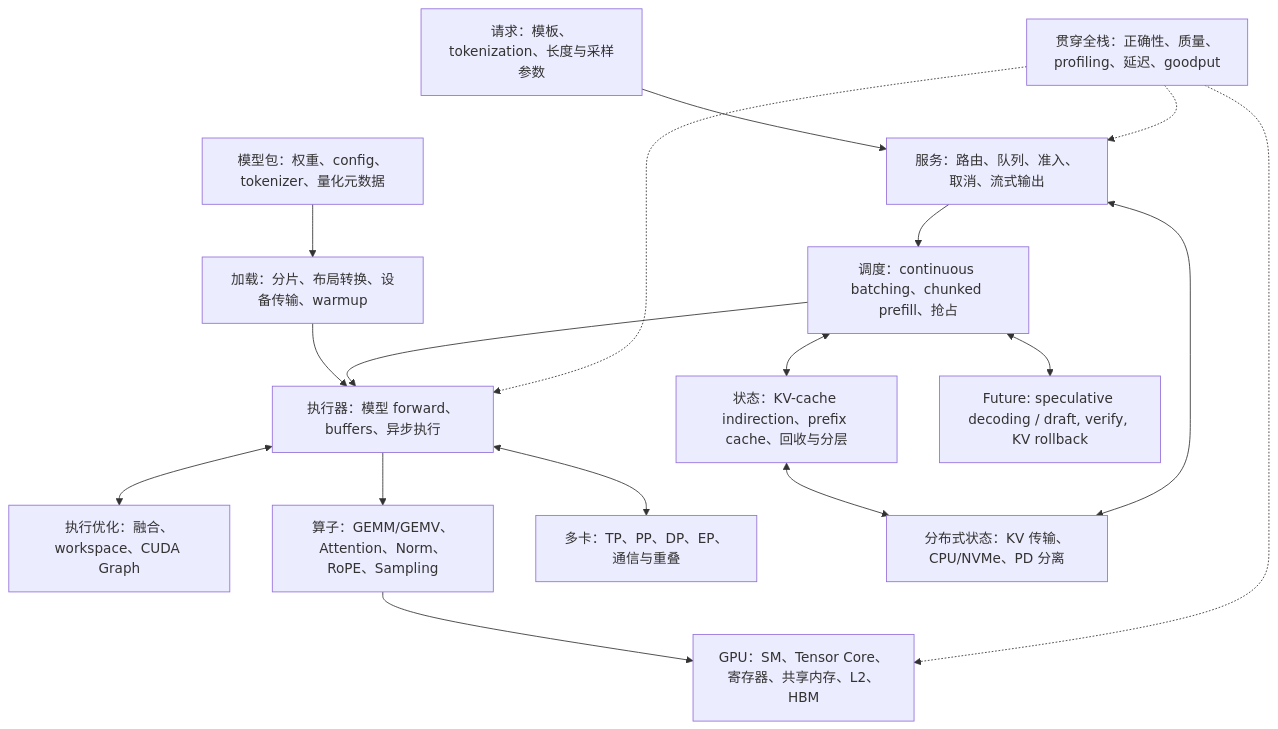
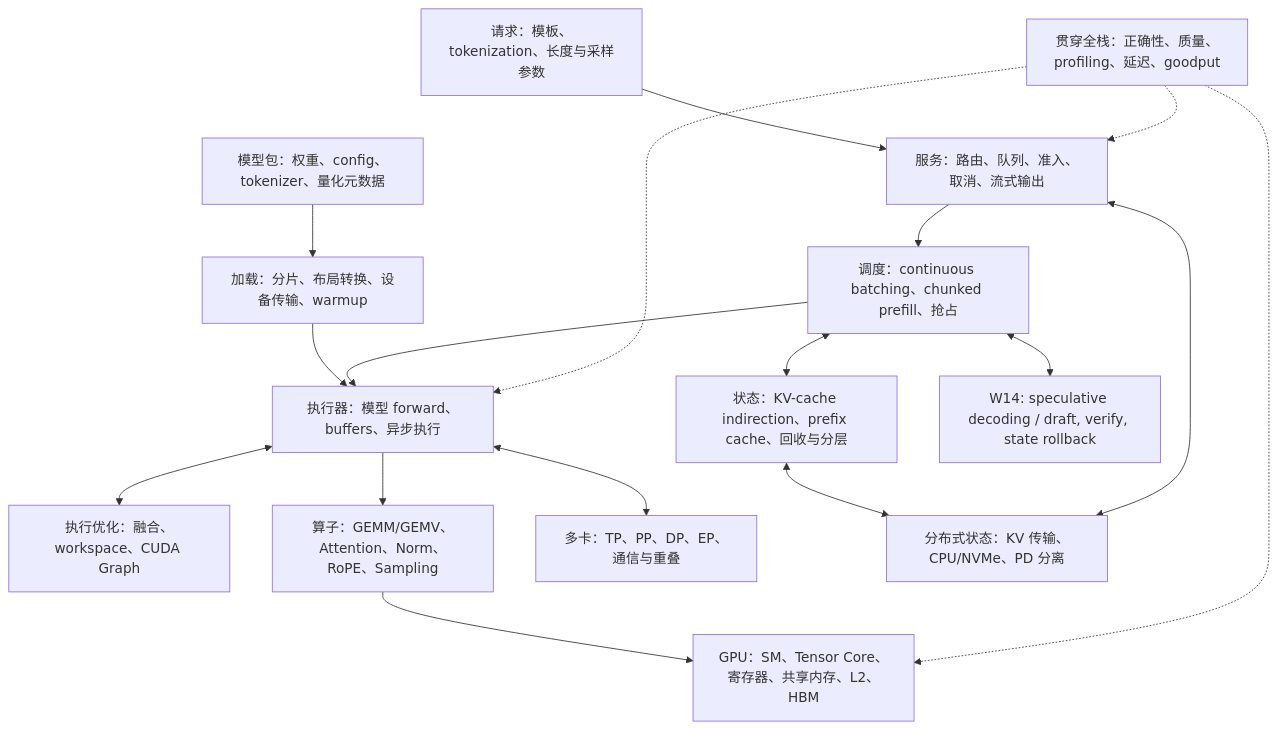
The diagram in roadmap.md (pochenai/llm-inference-lab), drawn with Mermaid before and after one commit. The commit also changed other lines of this file and 2 other files, not shown here.

Commit message:
docs: define parallel execution architecture and remaining inference roadmap

````diff
--- a/roadmap.md
+++ b/roadmap.md
@@ -215,19 +259,19 @@
 ```mermaid
 flowchart TD
     A[模型包：权重、config、tokenizer、量化元数据] --> B[加载：分片、布局转换、设备传输、warmup]
     C[请求：模板、tokenization、长度与采样参数] --> D[服务：路由、队列、准入、取消、流式输出]
     D --> E[调度：continuous batching、chunked prefill、抢占]
     E <--> F[状态：KV-cache indirection、prefix cache、回收与分层]
     B --> G[执行器：模型 forward、buffers、异步执行]
     E --> G
     G <--> H[执行优化：融合、workspace、CUDA Graph]
     G --> I[算子：GEMM/GEMV、Attention、Norm、RoPE、Sampling]
     I --> J[GPU：SM、Tensor Core、寄存器、共享内存、L2、HBM]
-    E <--> K[Future: speculative decoding / draft, verify, KV rollback]
+    E <--> K[W14: speculative decoding / draft, verify, state rollback]
     G <--> L[多卡：TP、PP、DP、EP、通信与重叠]
     F <--> M[分布式状态：KV 传输、CPU/NVMe、PD 分离]
     D <--> M
     N[贯穿全栈：正确性、质量、profiling、延迟、goodput] -.-> D
     N -.-> G
     N -.-> J
 ```
````
